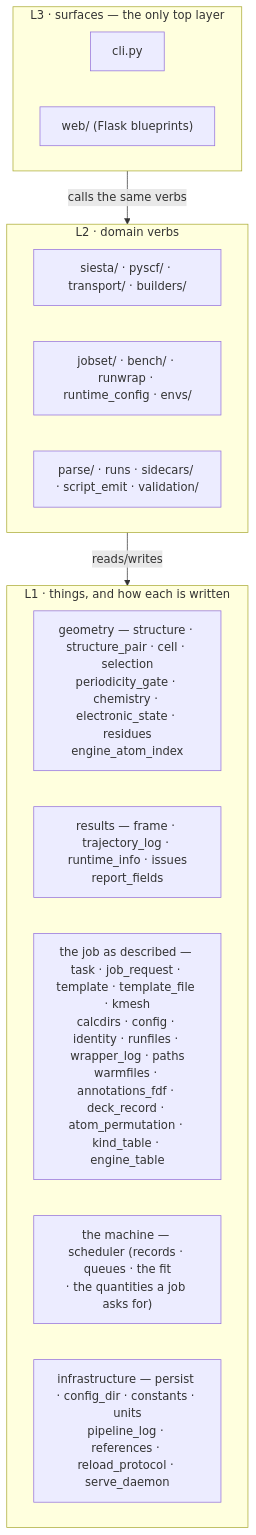
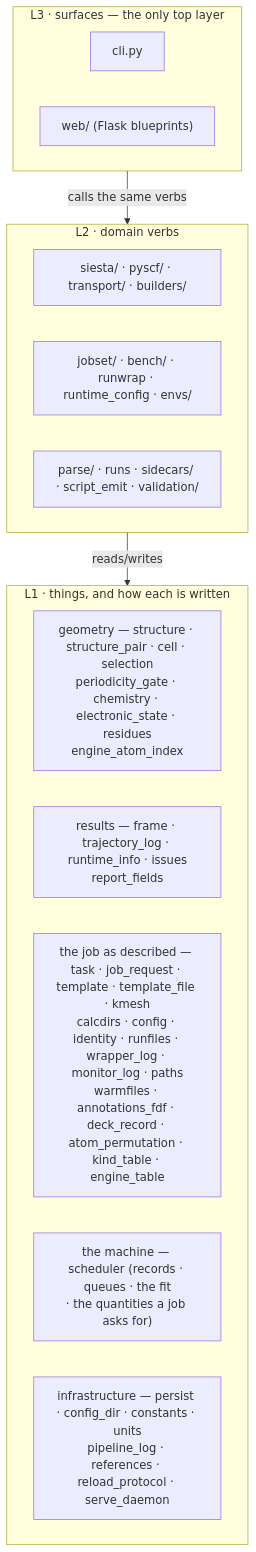
Before and after one commit to Qing-LAB/molbuilder: the diagram in docs/architecture.md, drawn with Mermaid. The commit also changed other lines of this file and 44 other files, not shown here.

````diff
--- a/docs/architecture.md
+++ b/docs/architecture.md
@@ -102,21 +102,21 @@
 ```mermaid
 flowchart TB
   subgraph L3["L3 · surfaces — the only top layer"]
     CLI["cli.py"]
     WEB["web/ (Flask blueprints)"]
   end
   subgraph L2["L2 · domain verbs"]
     ENG["siesta/ · pyscf/ · transport/ · builders/"]
     EXE["jobset/ · bench/ · runwrap · runtime_config · envs/"]
     RW["parse/ · runs · sidecars/ · script_emit · validation/"]
   end
   subgraph L1["L1 · things, and how each is written"]
     GEO["geometry — structure · structure_pair · cell · selection<br/>periodicity_gate · chemistry · electronic_state · residues<br/>engine_atom_index"]
     RES["results — frame · trajectory_log · runtime_info · issues<br/>report_fields"]
-    JOB["the job as described — task · job_request · template · template_file · kmesh<br/>calcdirs · config · identity · runfiles · wrapper_log · paths<br/>warmfiles · annotations_fdf · deck_record · atom_permutation · kind_table · engine_table"]
+    JOB["the job as described — task · job_request · template · template_file · kmesh<br/>calcdirs · config · identity · runfiles · wrapper_log · monitor_log · paths<br/>warmfiles · annotations_fdf · deck_record · atom_permutation · kind_table · engine_table"]
     MACH["the machine — scheduler (records · queues · the fit<br/>· the quantities a job asks for)"]
     INF["infrastructure — persist · config_dir · constants · units<br/>pipeline_log · references · reload_protocol · serve_daemon"]
   end
   L3 -->|calls the same verbs| L2
   L2 -->|reads/writes| L1
 ```
````
